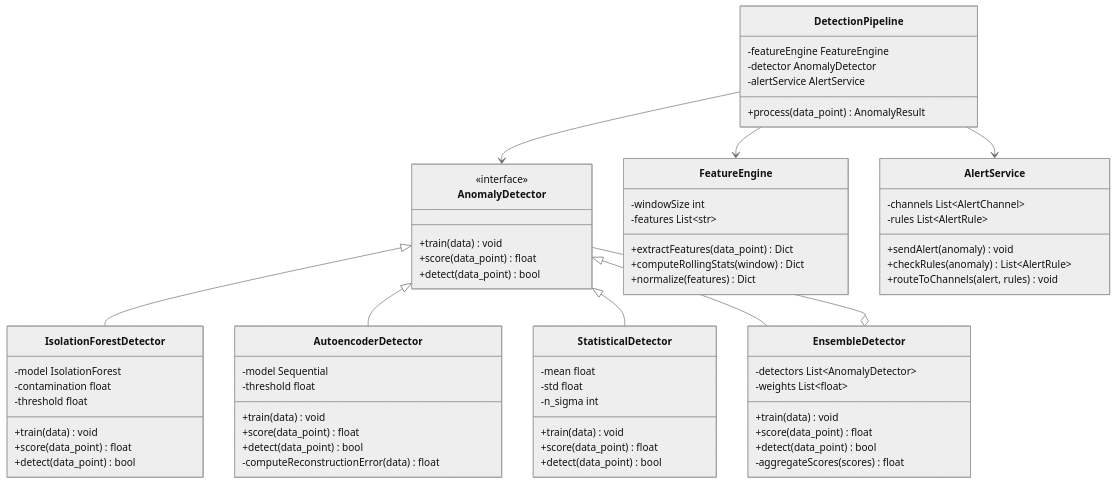
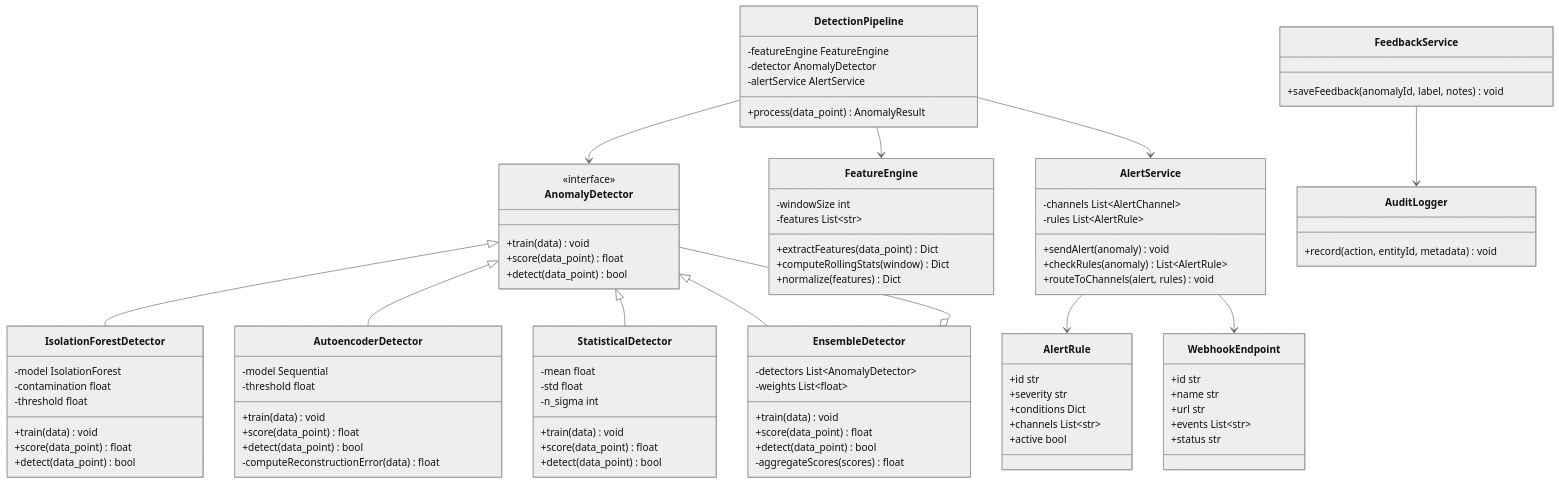
One commit to 0Ankit0/Project-Ideas changed the first of 2 diagrams in Anomaly Detection System/detailed-design/class-diagram.md. Above: the diagram before and after it, drawn with Mermaid (neutral theme). The commit also changed other lines of this file and 24 other files, not shown here.

````diff
--- a/Anomaly Detection System/detailed-design/class-diagram.md
+++ b/Anomaly Detection System/detailed-design/class-diagram.md
@@ -62,6 +62,30 @@
         +checkRules(anomaly) List~AlertRule~
         +routeToChannels(alert, rules) void
     }
+
+    class AlertRule {
+        +id str
+        +severity str
+        +conditions Dict
+        +channels List~str~
+        +active bool
+    }
+
+    class WebhookEndpoint {
+        +id str
+        +name str
+        +url str
+        +events List~str~
+        +status str
+    }
+
+    class FeedbackService {
+        +saveFeedback(anomalyId, label, notes) void
+    }
+
+    class AuditLogger {
+        +record(action, entityId, metadata) void
+    }
     
     class DetectionPipeline {
         -featureEngine FeatureEngine
@@ -78,4 +102,7 @@
     DetectionPipeline --> FeatureEngine
     DetectionPipeline --> AnomalyDetector
     DetectionPipeline --> AlertService
+    AlertService --> AlertRule
+    AlertService --> WebhookEndpoint
+    FeedbackService --> AuditLogger
 ```
````
